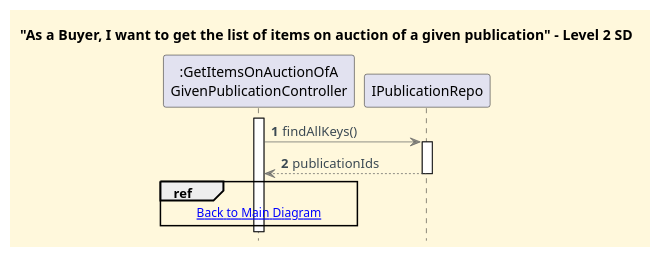
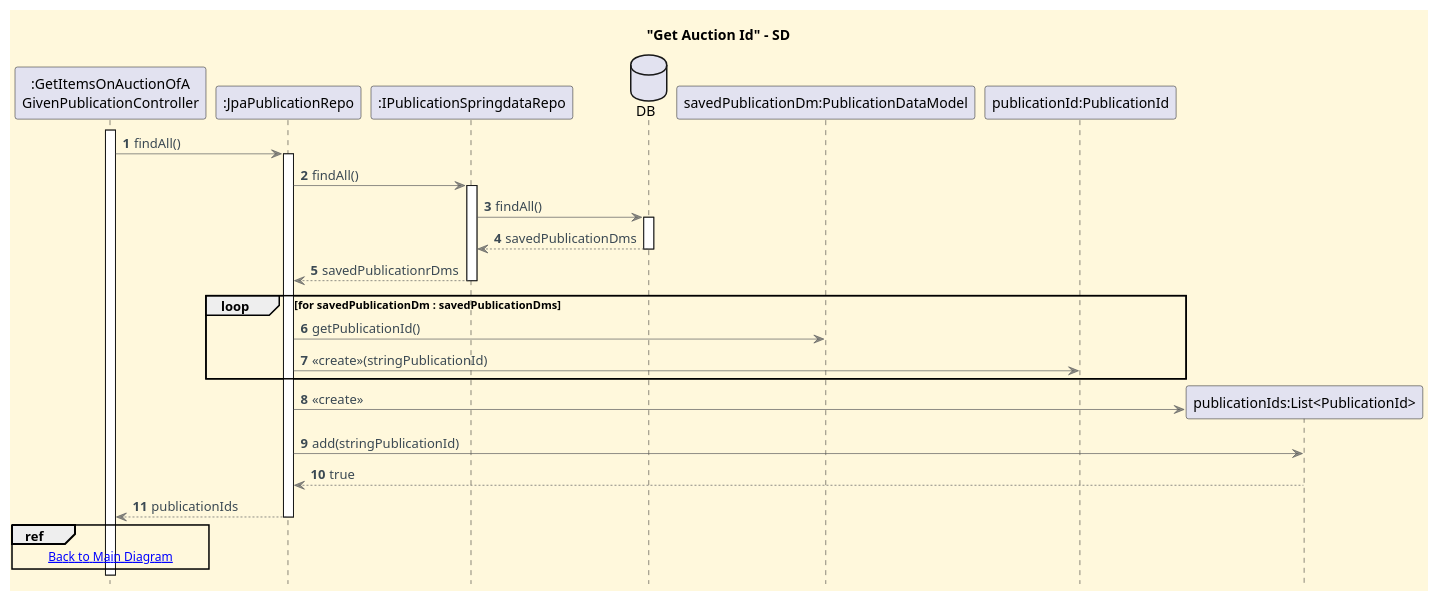
The diagram in docs/functionalities/buyer/get-list-of-items-on-auction-of-given-publication/sd-ref-diagrams/Get_Publications_Id.puml (CarolinaLeite-collab/JavaMarketplacePlatform), drawn with PlantUML before and after one commit. The commit also changed 1 other file, not shown here.

Commit message:
docs: refactor ref diagrams of GetAuctionItemsByPublication SD #810

```diff
--- a/docs/functionalities/buyer/get-list-of-items-on-auction-of-given-publication/sd-ref-diagrams/Get_Publications_Id.puml
+++ b/docs/functionalities/buyer/get-list-of-items-on-auction-of-given-publication/sd-ref-diagrams/Get_Publications_Id.puml
@@ -1,30 +1,55 @@
 @startuml
-title "As a Buyer, I want to get the list of items on auction of a given publication" - Level 2 SD
+title "Get Auction Id" - SD
 
 '==== basic style ====
 skinparam monochrome false
 skinparam defaultFontName Futura
 skinparam objectFontSize 20
 skinparam backgroundColor CornSilk
 skinparam objectBackgroundColor WhiteSmoke
 skinparam noteBackgroundColor #FFFFE0
 skinparam ArrowFontColor #3B4953
 skinparam ArrowColor #57595BAA
 
 autonumber
 autoactivate off
 hidefootbox
 
 participant ":GetItemsOnAuctionOfA\nGivenPublicationController" as CTL
-participant "IPublicationRepo" as REPO
+participant ":JpaPublicationRepo" as JPAREPO
+participant ":IPublicationSpringdataRepo" as SPRINGREPO
+database "DB" as DB
 
 activate CTL
-CTL -> REPO : findAllKeys()
-activate REPO
-REPO --> CTL : publicationIds
-deactivate REPO
+CTL -> JPAREPO : findAll()
+activate JPAREPO
+
+
+JPAREPO -> SPRINGREPO : findAll()
+activate SPRINGREPO
+
+SPRINGREPO -> DB : findAll()
+activate DB
+
+DB --> SPRINGREPO : savedPublicationDms
+deactivate DB
+SPRINGREPO --> JPAREPO : savedPublicationrDms
+deactivate SPRINGREPO
+
+loop for savedPublicationDm : savedPublicationDms
+    JPAREPO -> "savedPublicationDm:PublicationDataModel" : getPublicationId()
+    JPAREPO -> "publicationId:PublicationId" : <<create>>(stringPublicationId)
+end
+
+create "publicationIds:List<PublicationId>"
+JPAREPO -> "publicationIds:List<PublicationId>" : <<create>>
+JPAREPO -> "publicationIds:List<PublicationId>" : add(stringPublicationId)
+"publicationIds:List<PublicationId>" --> JPAREPO : true
+
+JPAREPO --> CTL : publicationIds
+deactivate JPAREPO
 
 ref over CTL
 [[../Get_List_Of_Items_on_Auction_Of_Given_Publication_SD_2.puml Back to Main Diagram]]
 end ref
 @enduml
```
